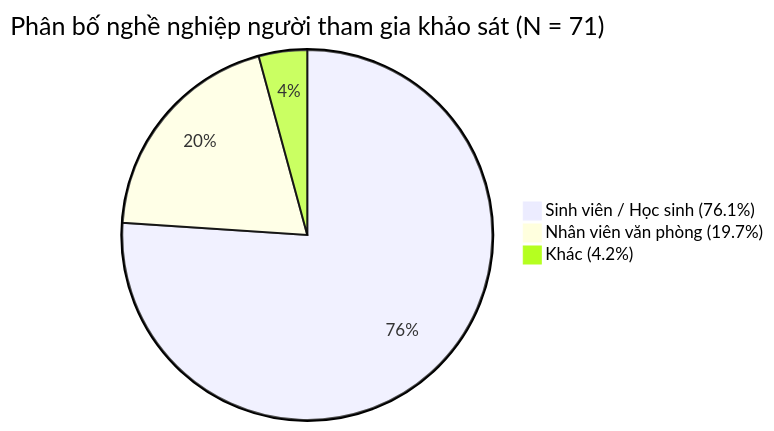
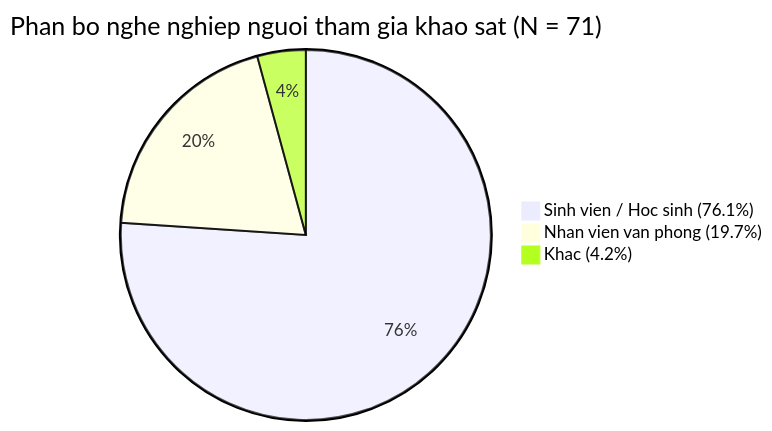
The first of 11 diagrams in docs/business/03-survey.md (ThaiDevv/meloo), drawn with Mermaid before and after one commit. The commit also changed other lines of this file and 1 other file, not shown here.

````diff
--- a/docs/business/03-survey.md
+++ b/docs/business/03-survey.md
@@ -49,6 +57,6 @@
 ```mermaid
-pie title Phân bố nghề nghiệp người tham gia khảo sát (N = 71)
-    "Sinh viên / Học sinh (76.1%)" : 54
-    "Nhân viên văn phòng (19.7%)" : 14
-    "Khác (4.2%)" : 3
+pie title Phan bo nghe nghiep nguoi tham gia khao sat (N = 71)
+    "Sinh vien / Hoc sinh (76.1%)" : 54
+    "Nhan vien van phong (19.7%)" : 14
+    "Khac (4.2%)" : 3
 ```
````
